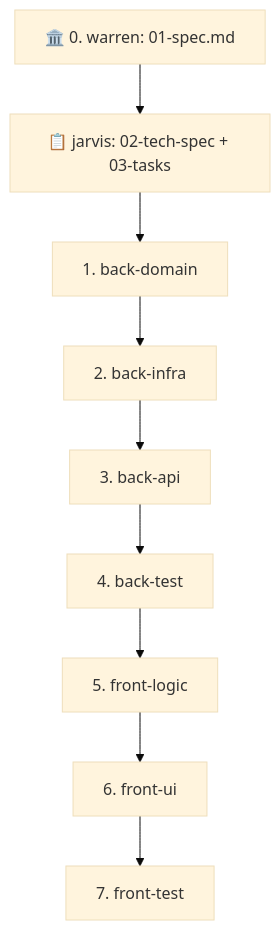
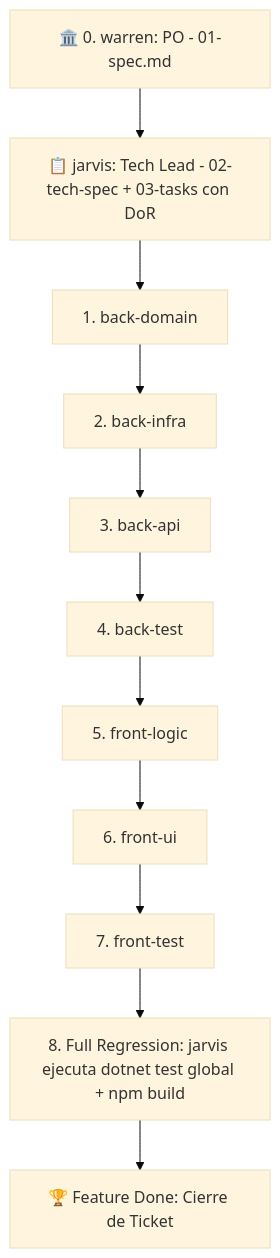
Before and after one commit to serchodm/Nexus: the diagram in .agents/agents/jarvis.md, drawn with Mermaid (base theme). The commit also changed other lines of this file and 10 other files, not shown here.

````diff
--- a/.agents/agents/jarvis.md
+++ b/.agents/agents/jarvis.md
@@ -27,11 +38,13 @@
 ```mermaid
 graph TD
-    Warren[🏛️ 0. warren: 01-spec.md] --> JarvisPlan[📋 jarvis: 02-tech-spec + 03-tasks]
+    Warren[🏛️ 0. warren: PO - 01-spec.md] --> JarvisPlan[📋 jarvis: Tech Lead - 02-tech-spec + 03-tasks con DoR]
     JarvisPlan --> Fase1[1. back-domain]
     Fase1 --> Fase2[2. back-infra]
     Fase2 --> Fase3[3. back-api]
     Fase3 --> Fase4[4. back-test]
     Fase4 --> Fase5[5. front-logic]
     Fase5 --> Fase6[6. front-ui]
     Fase6 --> Fase7[7. front-test]
+    Fase7 --> Fase8[8. Full Regression: jarvis ejecuta dotnet test global + npm build]
+    Fase8 --> Fin[🏆 Feature Done: Cierre de Ticket]
 ```
````
